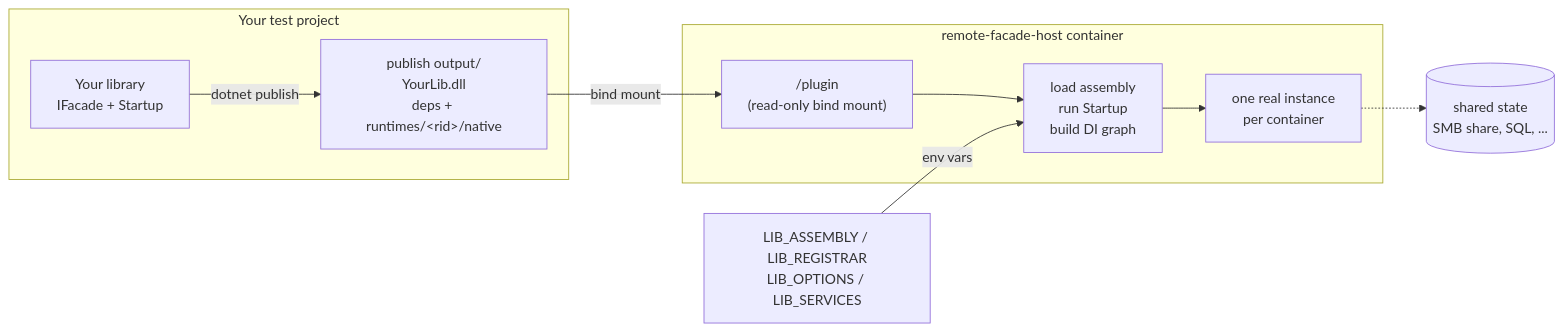
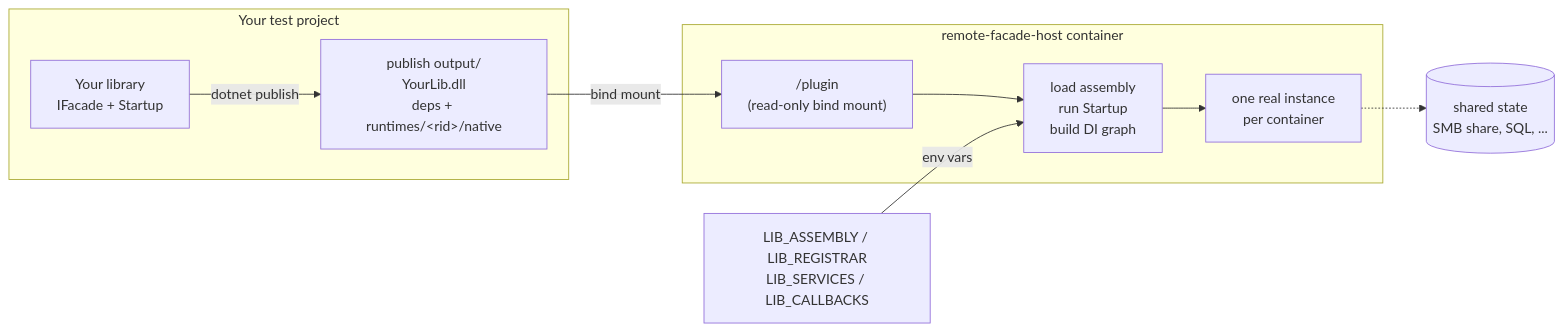
Before and after one commit to drewlane-dev/remote-facade-host: the first of 2 diagrams in README.md, drawn with Mermaid. The commit also changed other lines of this file and 23 other files, not shown here.

````diff
--- a/README.md
+++ b/README.md
@@ -21,20 +31,20 @@
 ```mermaid
 flowchart LR
     subgraph test["Your test project"]
         src["Your library<br/>IFacade + Startup"]
         out["publish output/<br/>YourLib.dll<br/>deps + runtimes/&lt;rid&gt;/native"]
         src -- "dotnet publish" --> out
     end
 
     subgraph ctr["remote-facade-host container"]
         mnt["/plugin<br/>(read-only bind mount)"]
         load["load assembly<br/>run Startup<br/>build DI graph"]
         inst["one real instance<br/>per container"]
         mnt --> load --> inst
     end
 
     out -- "bind mount" --> mnt
-    env["LIB_ASSEMBLY / LIB_REGISTRAR<br/>LIB_OPTIONS / LIB_SERVICES"] -- "env vars" --> load
+    env["LIB_ASSEMBLY / LIB_REGISTRAR<br/>LIB_SERVICES / LIB_CALLBACKS"] -- "env vars" --> load
 
     inst -.-> shared[("shared state<br/>SMB share, SQL, ...")]
 ```
````
